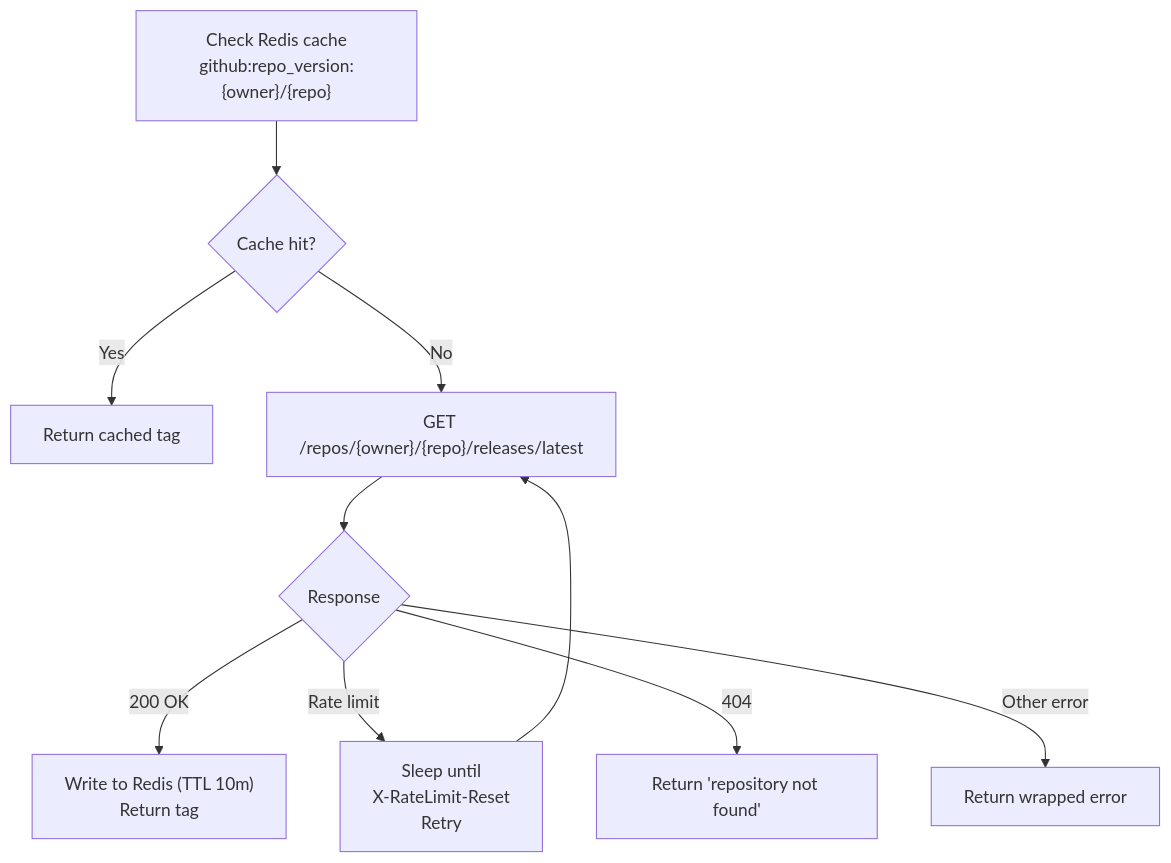
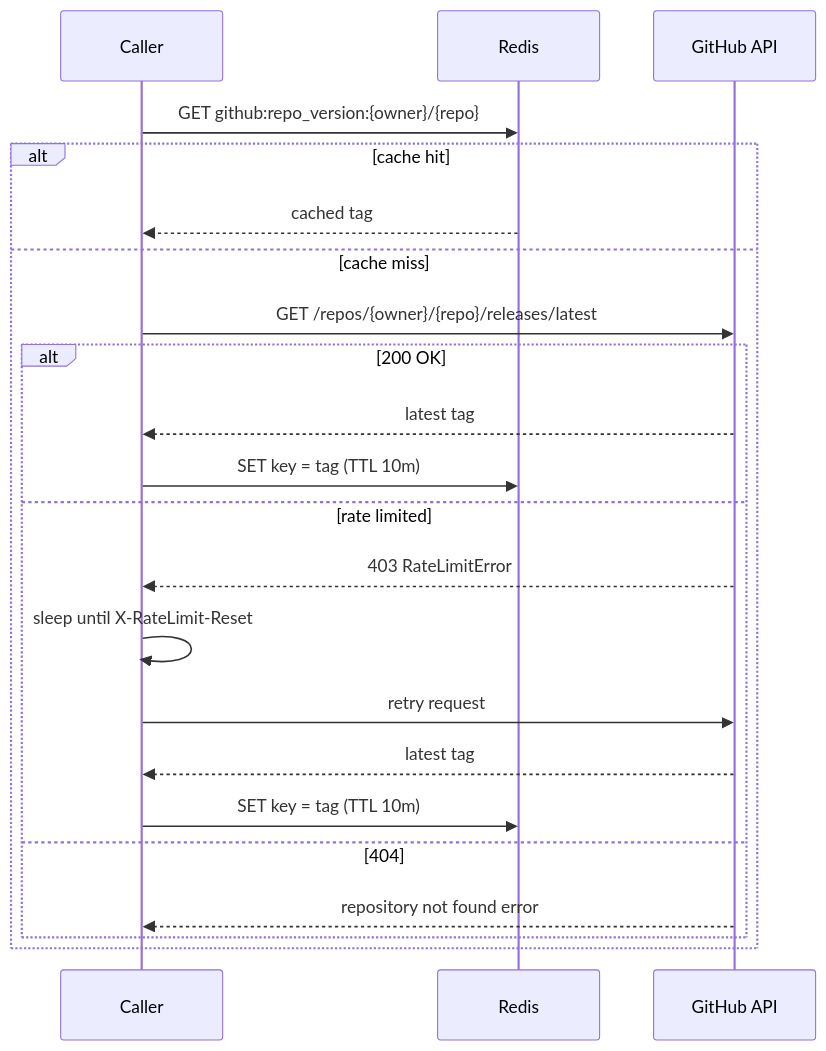
The sixth of 7 diagrams in docs/system-design.md (GenesisEducationKyiv/software-engineering-school-6-0-vanyatemno), drawn with Mermaid before and after one commit. The commit also changed other lines of this file, not shown here.

````diff
--- a/docs/system-design.md
+++ b/docs/system-design.md
@@ -268,12 +291,25 @@
 ```mermaid
-flowchart TD
-    A["Check Redis cache\ngithub:repo_version:{owner}/{repo}"] --> B{"Cache hit?"}
-    B -- "Yes" --> C["Return cached tag"]
-    B -- "No" --> D["GET /repos/{owner}/{repo}/releases/latest"]
-    D --> E{"Response"}
-    E -- "200 OK" --> F["Write to Redis (TTL 10m)\nReturn tag"]
-    E -- "Rate limit" --> G["Sleep until\nX-RateLimit-Reset\nRetry"]
-    G --> D
-    E -- "404" --> H["Return 'repository not found'"]
-    E -- "Other error" --> I["Return wrapped error"]
+sequenceDiagram
+    participant Caller
+    participant Cache as Redis
+    participant GH as GitHub API
+
+    Caller->>Cache: GET github:repo_version:{owner}/{repo}
+    alt cache hit
+        Cache-->>Caller: cached tag
+    else cache miss
+        Caller->>GH: GET /repos/{owner}/{repo}/releases/latest
+        alt 200 OK
+            GH-->>Caller: latest tag
+            Caller->>Cache: SET key = tag (TTL 10m)
+        else rate limited
+            GH-->>Caller: 403 RateLimitError
+            Caller->>Caller: sleep until X-RateLimit-Reset
+            Caller->>GH: retry request
+            GH-->>Caller: latest tag
+            Caller->>Cache: SET key = tag (TTL 10m)
+        else 404
+            GH-->>Caller: repository not found error
+        end
+    end
 ```
````
